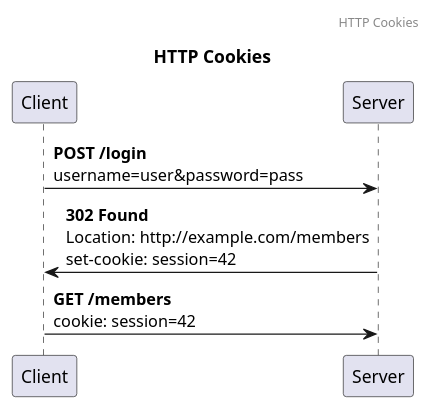
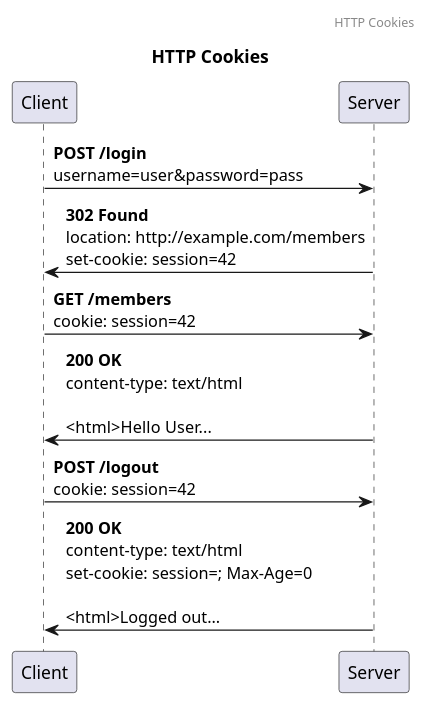
One commit to thomasdarimont/asw-web2 changed the diagram in X10_Exkurs/plantuml/plantuml/cookies.plantuml. Above: the diagram before and after it, drawn with PlantUML.

Commit message:
Revise cookies plantuml example

```diff
--- a/X10_Exkurs/plantuml/plantuml/cookies.plantuml
+++ b/X10_Exkurs/plantuml/plantuml/cookies.plantuml
@@ -1,14 +1,21 @@
 @startuml HTTP Cookies
 
 header HTTP Cookies
+
+'autonumber 1
 
 title HTTP Cookies
 
 Client -> Server : <b>POST /login</b>\nusername=user&password=pass
 
-Server -> Client : <b>302 Found</b>\nLocation: http://example.com/members\nset-cookie: session=42
+Server -> Client : <b>302 Found</b>\nlocation: http://example.com/members\nset-cookie: session=42
 
 Client -> Server : <b>GET /members</b>\ncookie: session=42
 
+Server -> Client : <b>200 OK</b>\ncontent-type: text/html\n\n<html>Hello User...
+
+Client -> Server : <b>POST /logout</b>\ncookie: session=42
+
+Server -> Client : <b>200 OK</b>\ncontent-type: text/html\nset-cookie: session=; Max-Age=0\n\n<html>Logged out...
 
 @enduml
```
